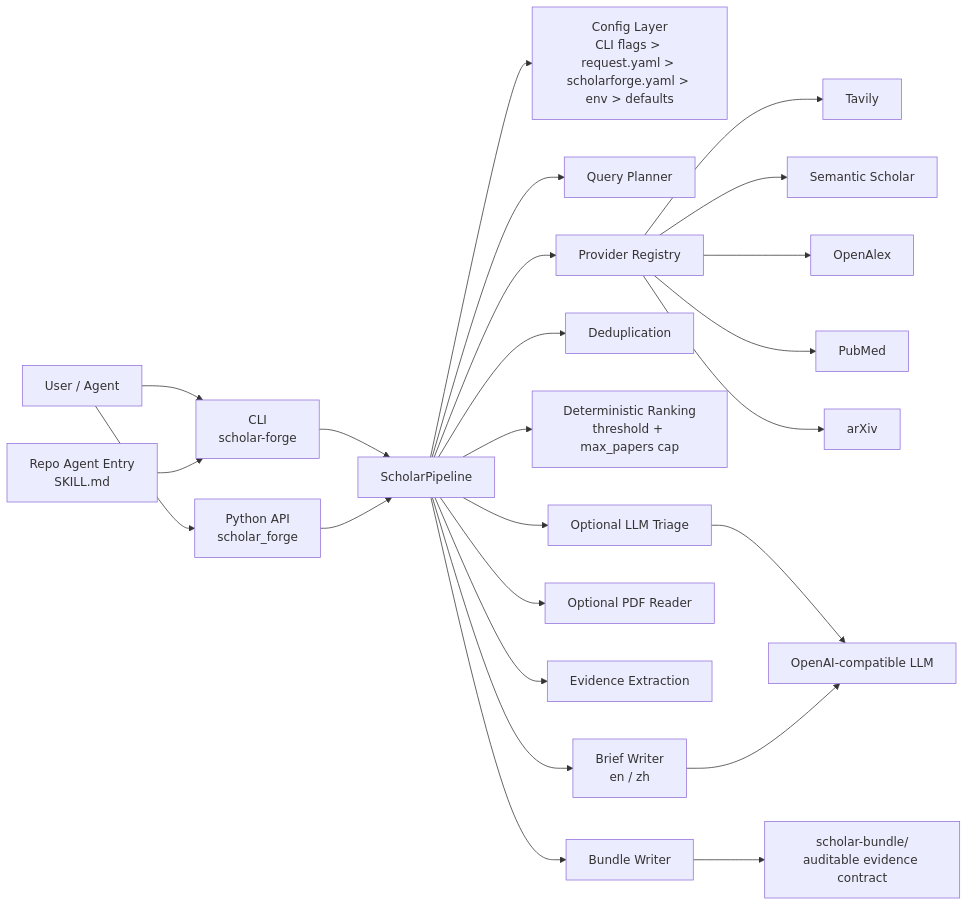
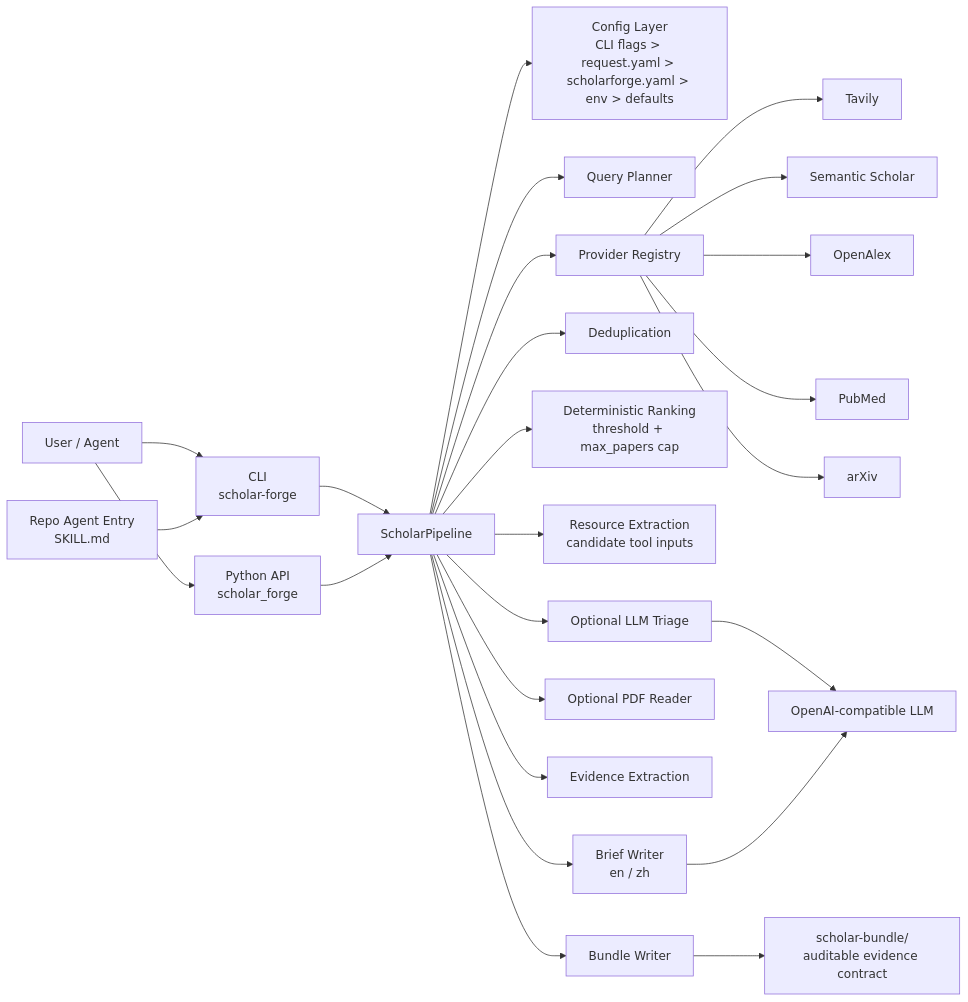
The first of 4 diagrams in docs/architecture-diagram.md (Jianxinnn/Scholar-Forge), drawn with Mermaid before and after one commit. The commit also changed other lines of this file and 14 other files, not shown here.

````diff
--- a/docs/architecture-diagram.md
+++ b/docs/architecture-diagram.md
@@ -13,31 +13,32 @@
 ```mermaid
 flowchart LR
     User["User / Agent"] --> CLI["CLI<br/>scholar-forge"]
     User --> API["Python API<br/>scholar_forge"]
     RootSkill["Repo Agent Entry<br/>SKILL.md"] --> CLI
 
     CLI --> Pipeline["ScholarPipeline"]
     API --> Pipeline
 
     Pipeline --> Config["Config Layer<br/>CLI flags > request.yaml > scholarforge.yaml > env > defaults"]
     Pipeline --> Planner["Query Planner"]
     Pipeline --> Providers["Provider Registry"]
     Pipeline --> Dedupe["Deduplication"]
     Pipeline --> Ranking["Deterministic Ranking<br/>threshold + max_papers cap"]
+    Pipeline --> Resources["Resource Extraction<br/>candidate tool inputs"]
     Pipeline --> LLMTriage["Optional LLM Triage"]
     Pipeline --> PDF["Optional PDF Reader"]
     Pipeline --> Evidence["Evidence Extraction"]
     Pipeline --> Brief["Brief Writer<br/>en / zh"]
     Pipeline --> Bundle["Bundle Writer"]
 
     Providers --> Tavily["Tavily"]
     Providers --> SemanticScholar["Semantic Scholar"]
     Providers --> OpenAlex["OpenAlex"]
     Providers --> PubMed["PubMed"]
     Providers --> Arxiv["arXiv"]
 
     LLMTriage --> LLM["OpenAI-compatible LLM"]
     Brief --> LLM
 
     Bundle --> Output["scholar-bundle/<br/>auditable evidence contract"]
 ```
````
